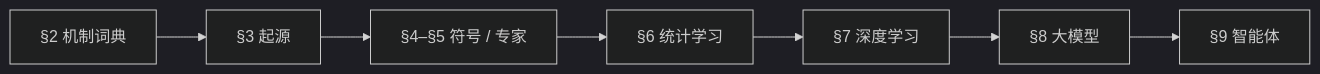
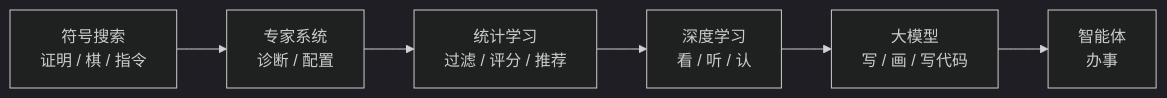
The first of 2 diagrams in 10-chronicle/12-artificial-intelligence-chronicle.md (xiaxinyu/knowledge_base), drawn with Mermaid (dark theme) before and after one commit. The commit also changed other lines of this file, not shown here.

````diff
--- a/10-chronicle/12-artificial-intelligence-chronicle.md
+++ b/10-chronicle/12-artificial-intelligence-chronicle.md
@@ -52,9 +69,8 @@
 ```mermaid
 flowchart LR
-  A["§2 机制词典"] --> B["§3 起源"]
-  B --> C["§4–§5 符号 / 专家"]
-  C --> D["§6 统计学习"]
-  D --> E["§7 深度学习"]
-  E --> F["§8 大模型"]
-  F --> G["§9 智能体"]
+  A["符号搜索<br/>证明 / 棋 / 指令"] --> B["专家系统<br/>诊断 / 配置"]
+  B --> C["统计学习<br/>过滤 / 评分 / 推荐"]
+  C --> D["深度学习<br/>看 / 听 / 认"]
+  D --> E["大模型<br/>写 / 画 / 写代码"]
+  E --> F["智能体<br/>办事"]
 ```
````
